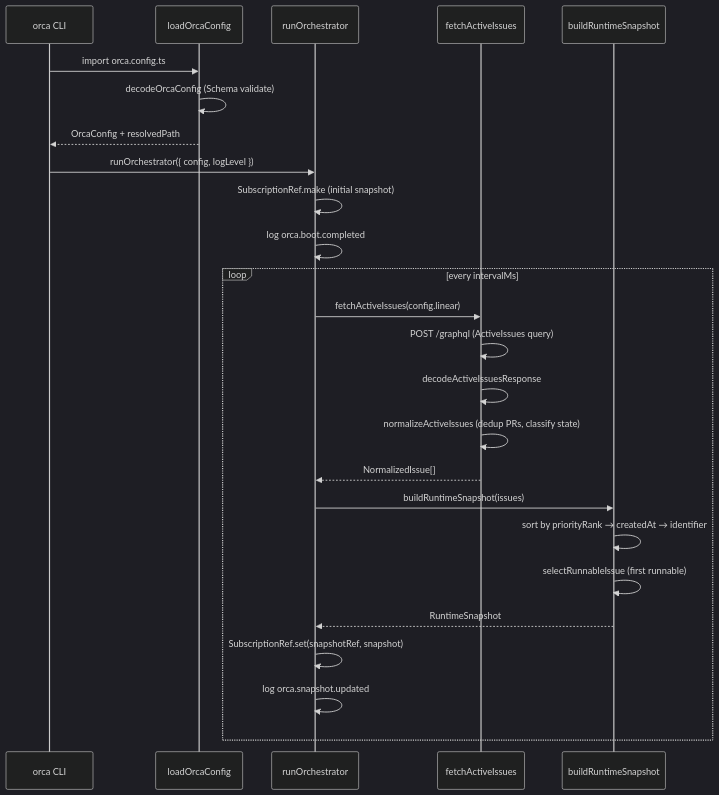
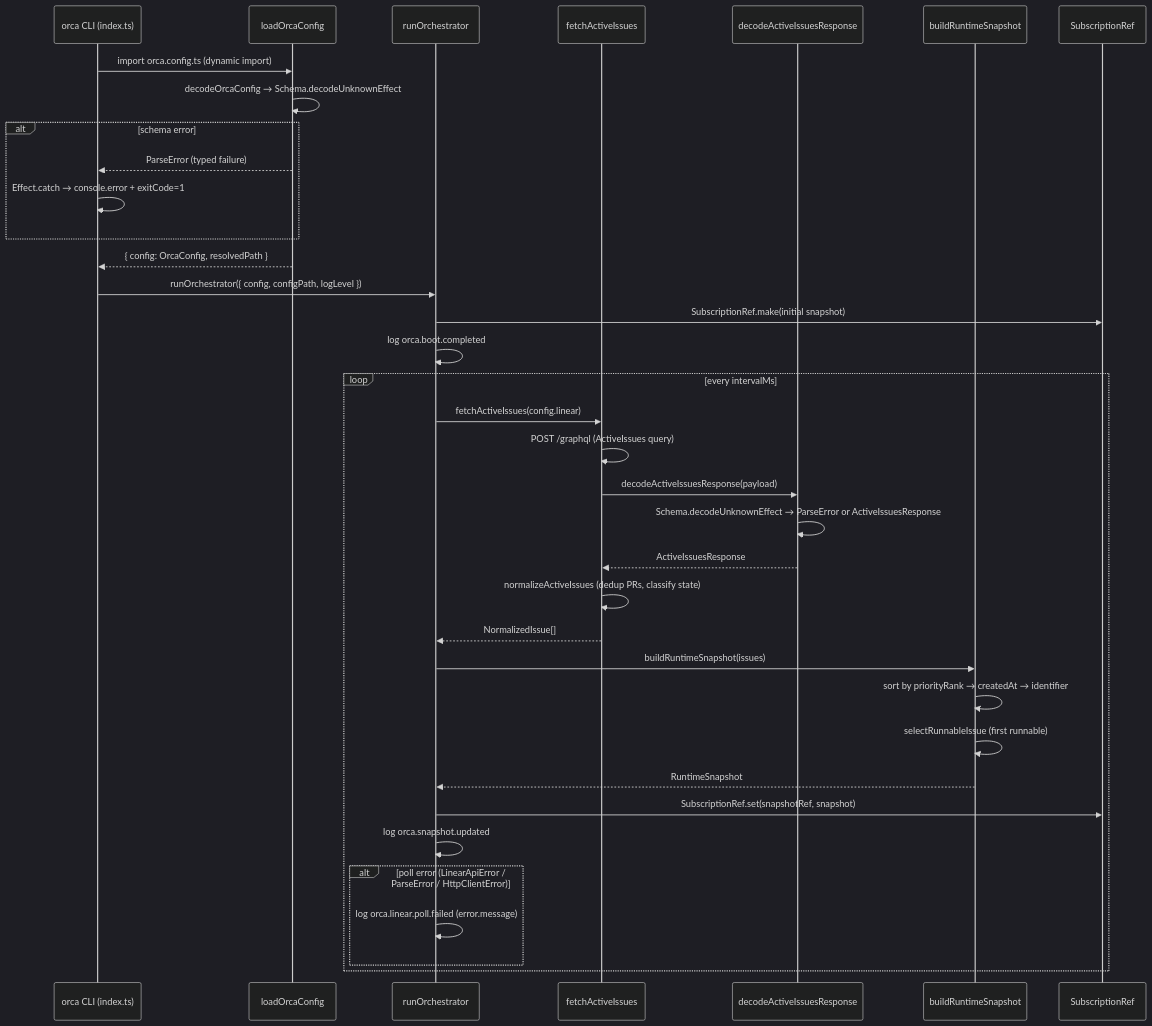
The diagram in .orca/issue.md (peterje/orca2), drawn with Mermaid (dark theme) before and after one commit. The commit also changed other lines of this file, not shown here.

````diff
--- a/.orca/issue.md
+++ b/.orca/issue.md
@@ -74,32 +94,44 @@
 ```mermaid
 sequenceDiagram
-    participant CLI as orca CLI
+    participant CLI as orca CLI (index.ts)
     participant Config as loadOrcaConfig
     participant Orch as runOrchestrator
     participant Linear as fetchActiveIssues
+    participant Decode as decodeActiveIssuesResponse
     participant Snap as buildRuntimeSnapshot
+    participant Ref as SubscriptionRef
 
-    CLI->>Config: import orca.config.ts
-    Config->>Config: decodeOrcaConfig (Schema validate)
-    Config-->>CLI: OrcaConfig + resolvedPath
+    CLI->>Config: import orca.config.ts (dynamic import)
+    Config->>Config: decodeOrcaConfig → Schema.decodeUnknownEffect
+    alt schema error
+        Config-->>CLI: ParseError (typed failure)
+        CLI->>CLI: Effect.catch → console.error + exitCode=1
+    end
+    Config-->>CLI: { config: OrcaConfig, resolvedPath }
 
-    CLI->>Orch: runOrchestrator({ config, logLevel })
-    Orch->>Orch: SubscriptionRef.make (initial snapshot)
+    CLI->>Orch: runOrchestrator({ config, configPath, logLevel })
+    Orch->>Ref: SubscriptionRef.make(initial snapshot)
     Orch->>Orch: log orca.boot.completed
 
     loop every intervalMs
         Orch->>Linear: fetchActiveIssues(config.linear)
         Linear->>Linear: POST /graphql (ActiveIssues query)
-        Linear->>Linear: decodeActiveIssuesResponse
+        Linear->>Decode: decodeActiveIssuesResponse(payload)
+        Decode->>Decode: Schema.decodeUnknownEffect → ParseError or ActiveIssuesResponse
+        Decode-->>Linear: ActiveIssuesResponse
         Linear->>Linear: normalizeActiveIssues (dedup PRs, classify state)
         Linear-->>Orch: NormalizedIssue[]
 
         Orch->>Snap: buildRuntimeSnapshot(issues)
         Snap->>Snap: sort by priorityRank → createdAt → identifier
         Snap->>Snap: selectRunnableIssue (first runnable)
         Snap-->>Orch: RuntimeSnapshot
 
-        Orch->>Orch: SubscriptionRef.set(snapshotRef, snapshot)
+        Orch->>Ref: SubscriptionRef.set(snapshotRef, snapshot)
         Orch->>Orch: log orca.snapshot.updated
+
+        alt poll error (LinearApiError / ParseError / HttpClientError)
+            Orch->>Orch: log orca.linear.poll.failed (error.message)
+        end
     end
 ```
````
